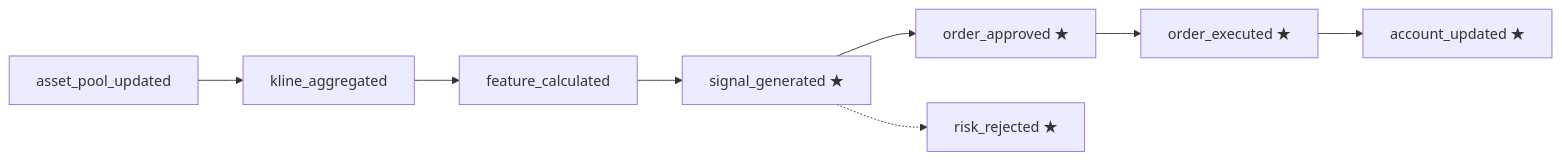
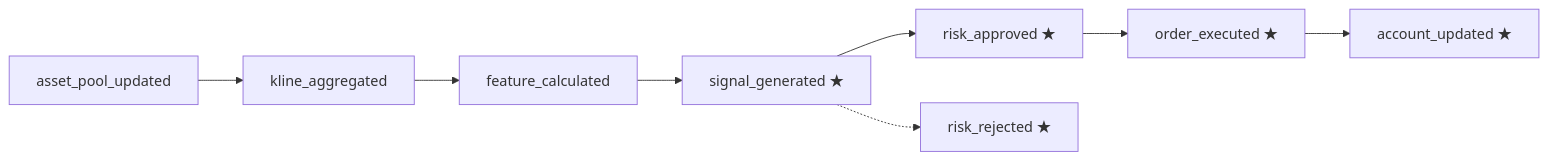
One commit to DragonQuantt/docs changed the second of 6 diagrams in content/overview/index.md. Above: the diagram before and after it, drawn with Mermaid. The commit also changed other lines of this file and 3 other files, not shown here.

Commit message:
Update Redis and architecture documentation to replace `order_approved` with `risk_approved`.

````diff
--- a/content/overview/index.md
+++ b/content/overview/index.md
@@ -90,10 +90,10 @@
 ```mermaid
 flowchart LR
     A["asset_pool_updated"] --> B["kline_aggregated"]
     B --> C["feature_calculated"]
     C --> D["signal_generated ★"]
-    D --> E["order_approved ★"]
+    D --> E["risk_approved ★"]
     D -.-> F["risk_rejected ★"]
     E --> G["order_executed ★"]
     G --> H["account_updated ★"]
 ```
````
